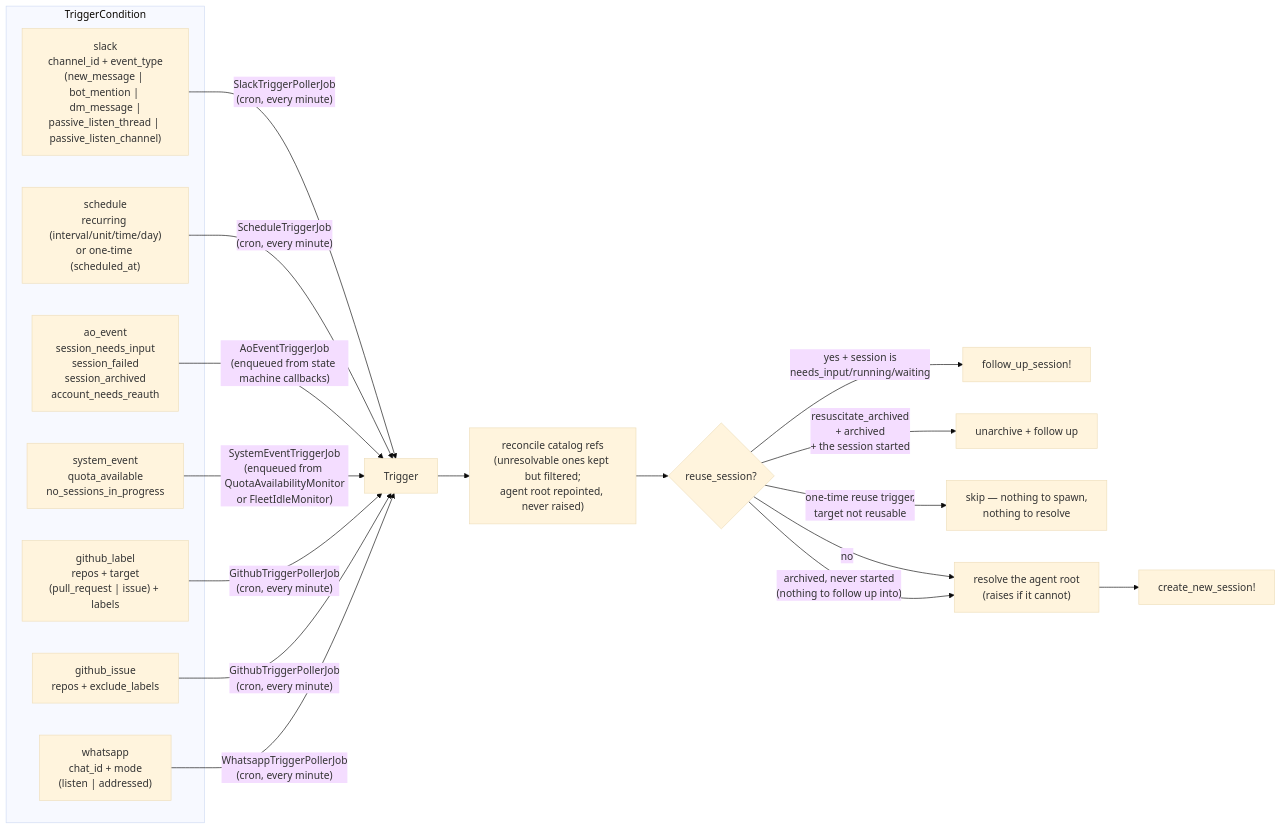
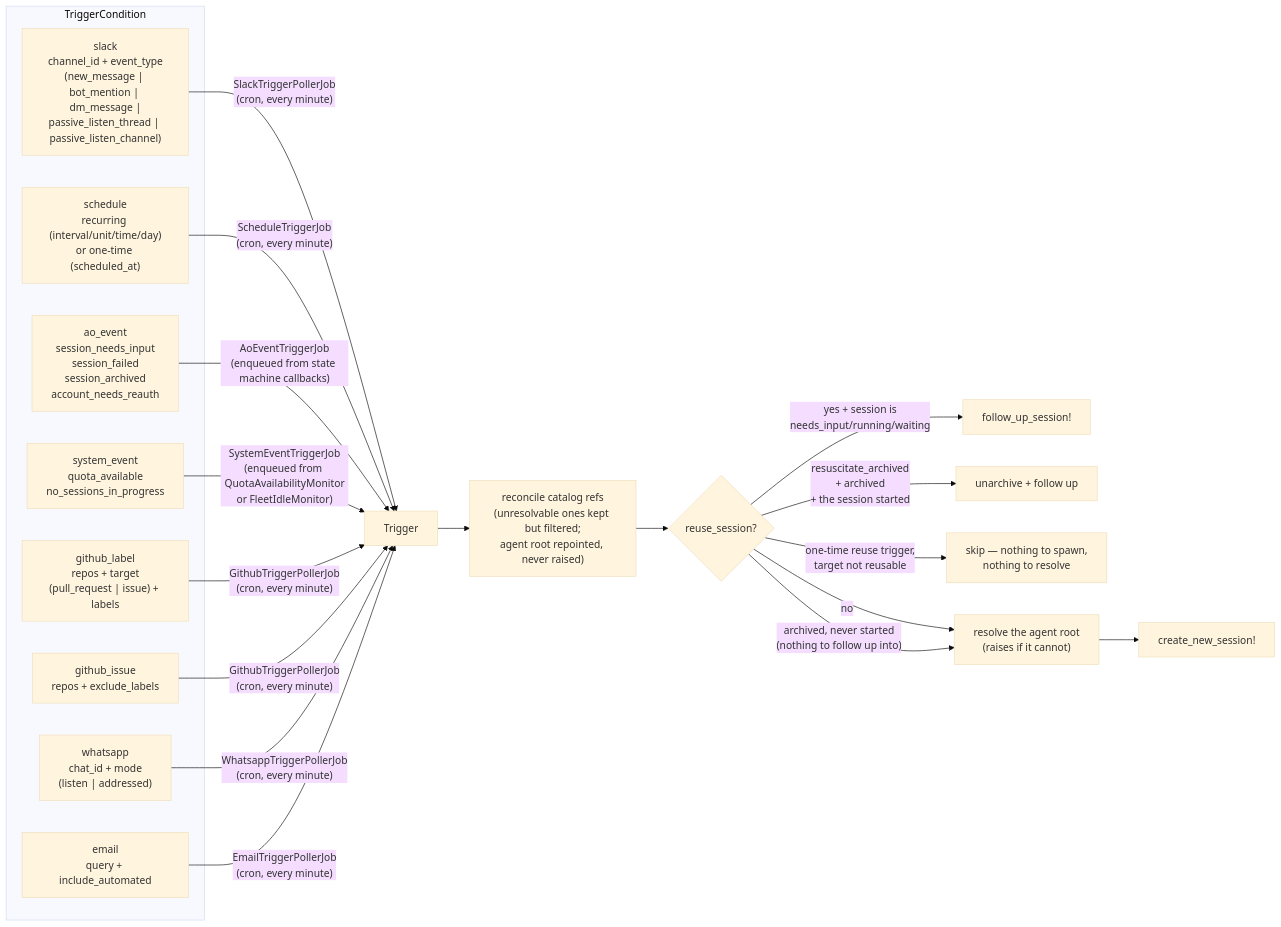
The first of 2 diagrams in docs/src/content/docs/sessions/triggers.md (tadasant/zimmer), drawn with Mermaid (base theme) before and after one commit. The commit also changed other lines of this file and 28 other files, not shown here.

````diff
--- a/docs/src/content/docs/sessions/triggers.md
+++ b/docs/src/content/docs/sessions/triggers.md
@@ -20,29 +20,31 @@
 ```mermaid
 flowchart LR
     subgraph conditions["TriggerCondition"]
         SL["slack<br/>channel_id + event_type<br/>(new_message | bot_mention | dm_message |<br/>passive_listen_thread | passive_listen_channel)"]
         SC["schedule<br/>recurring (interval/unit/time/day)<br/>or one-time (scheduled_at)"]
         AO["ao_event<br/>session_needs_input<br/>session_failed<br/>session_archived<br/>account_needs_reauth"]
         SE["system_event<br/>quota_available<br/>no_sessions_in_progress"]
         GL["github_label<br/>repos + target<br/>(pull_request | issue) + labels"]
         GI["github_issue<br/>repos + exclude_labels"]
         WA["whatsapp<br/>chat_id + mode<br/>(listen | addressed)"]
+        EM["email<br/>query + include_automated"]
     end
 
     SL -->|"SlackTriggerPollerJob<br/>(cron, every minute)"| T["Trigger"]
     SC -->|"ScheduleTriggerJob<br/>(cron, every minute)"| T
     AO -->|"AoEventTriggerJob<br/>(enqueued from state machine callbacks)"| T
     SE -->|"SystemEventTriggerJob<br/>(enqueued from QuotaAvailabilityMonitor<br/>or FleetIdleMonitor)"| T
     GL -->|"GithubTriggerPollerJob<br/>(cron, every minute)"| T
     GI -->|"GithubTriggerPollerJob<br/>(cron, every minute)"| T
     WA -->|"WhatsappTriggerPollerJob<br/>(cron, every minute)"| T
+    EM -->|"EmailTriggerPollerJob<br/>(cron, every minute)"| T
 
     T --> H["reconcile catalog refs<br/>(unresolvable ones kept but filtered;<br/>agent root repointed, never raised)"]
     H --> D{"reuse_session?"}
     D -->|"yes + session is<br/>needs_input/running/waiting"| FU["follow_up_session!"]
     D -->|"resuscitate_archived<br/>+ archived<br/>+ the session started"| RS["unarchive + follow up"]
     D -->|"one-time reuse trigger,<br/>target not reusable"| SK["skip — nothing to spawn,<br/>nothing to resolve"]
     D -->|no| HR["resolve the agent root<br/>(raises if it cannot)"]
     D -->|"archived, never started<br/>(nothing to follow up into)"| HR
     HR --> NEW["create_new_session!"]
 ```
````
